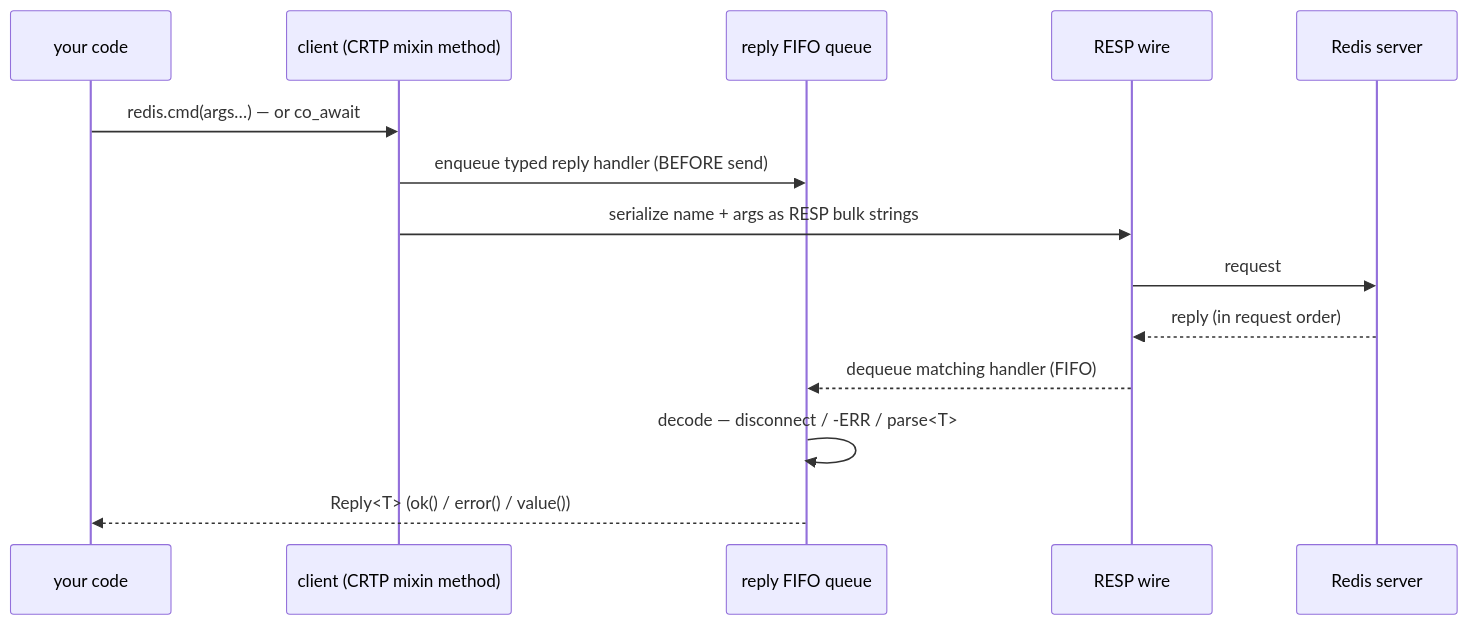
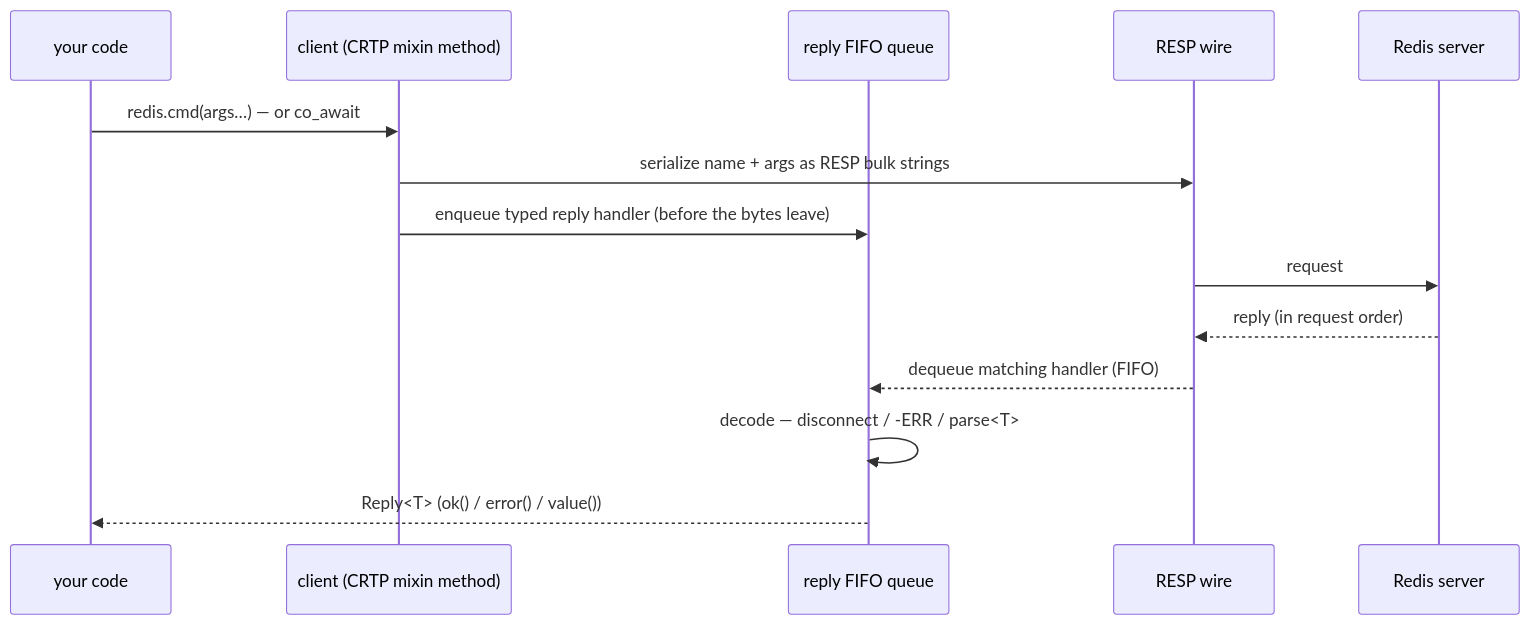
Before and after one commit to isndev/qbm-redis: the diagram in readme/commands_overview.md, drawn with Mermaid. The commit also changed other lines of this file and 23 other files, not shown here.

````diff
--- a/readme/commands_overview.md
+++ b/readme/commands_overview.md
@@ -61,16 +63,16 @@
 ```mermaid
 sequenceDiagram
     participant App as your code
     participant Cl as client (CRTP mixin method)
     participant Q as reply FIFO queue
     participant Net as RESP wire
     participant Srv as Redis server
     App->>Cl: redis.cmd(args…) — or co_await
-    Cl->>Q: enqueue typed reply handler (BEFORE send)
     Cl->>Net: serialize name + args as RESP bulk strings
+    Cl->>Q: enqueue typed reply handler (before the bytes leave)
     Net->>Srv: request
     Srv-->>Net: reply (in request order)
     Net-->>Q: dequeue matching handler (FIFO)
     Q->>Q: decode — disconnect / -ERR / parse<T>
     Q-->>App: Reply<T> (ok() / error() / value())
 ```
````
